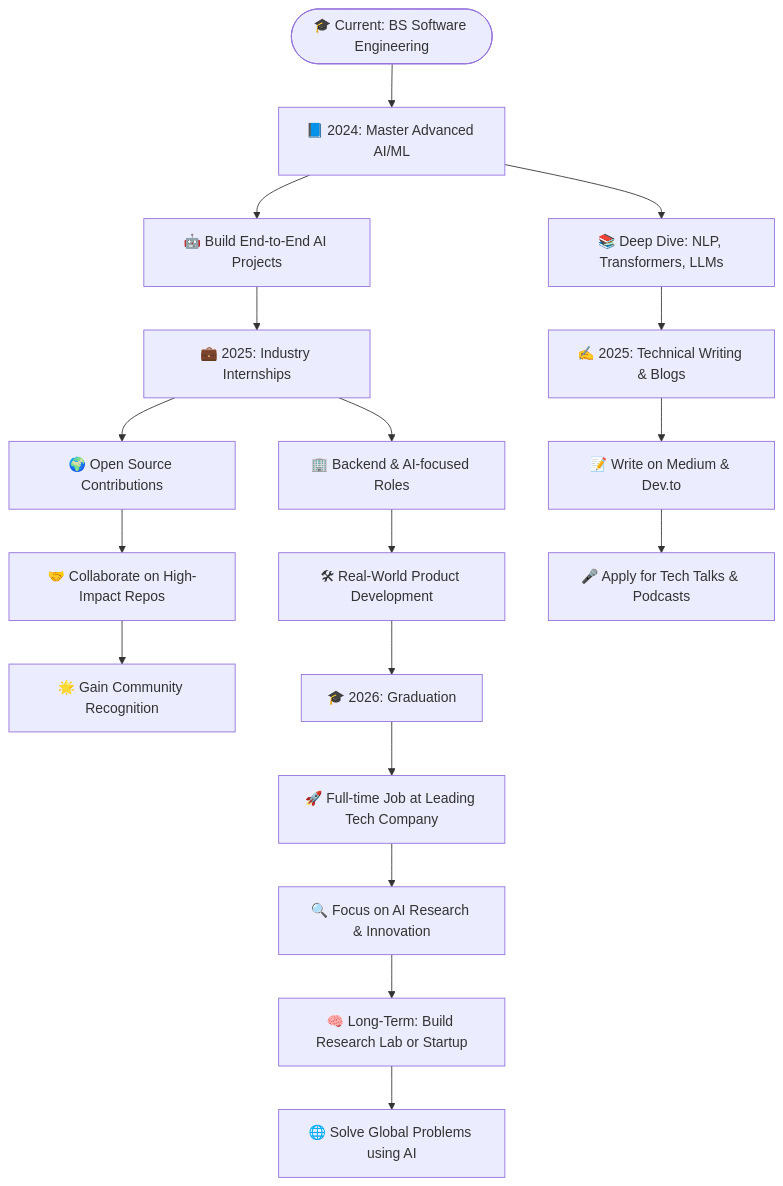
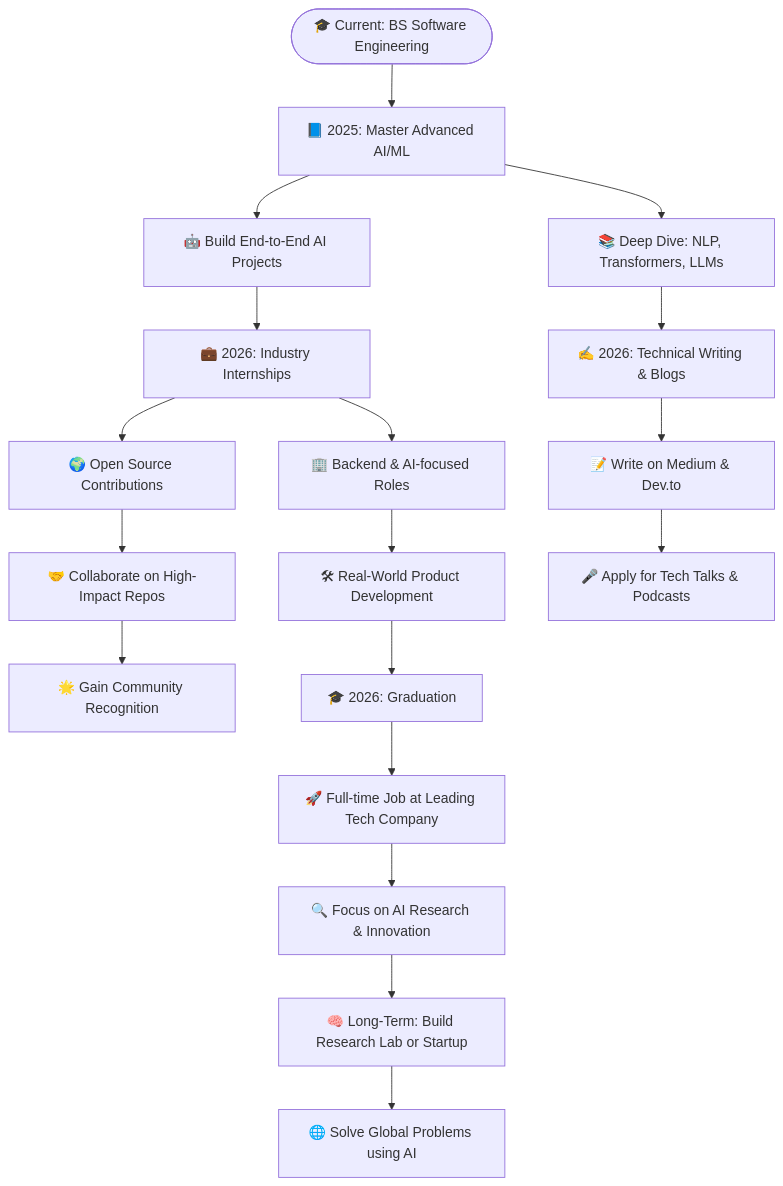
The diagram in README.md (M-Sarim/M-Sarim), drawn with Mermaid before and after one commit. The commit also changed other lines of this file, not shown here.

````diff
--- a/README.md
+++ b/README.md
@@ -195,28 +194,28 @@
 ```mermaid
 graph TD
     Start([🎓 Current: BS Software Engineering])
     
-    Start --> A1[📘 2024: Master Advanced AI/ML]
+    Start --> A1[📘 2025: Master Advanced AI/ML]
     A1 --> A2[🤖 Build End-to-End AI Projects]
     A1 --> A3[📚 Deep Dive: NLP, Transformers, LLMs]
     
-    A2 --> B1[💼 2025: Industry Internships]
+    A2 --> B1[💼 2026: Industry Internships]
     B1 --> B2[🏢 Backend & AI-focused Roles]
     B2 --> B3[🛠 Real-World Product Development]
     
     B1 --> C1[🌍 Open Source Contributions]
     C1 --> C2[🤝 Collaborate on High-Impact Repos]
     C2 --> C3[🌟 Gain Community Recognition]
     
-    A3 --> D1[✍️ 2025: Technical Writing & Blogs]
+    A3 --> D1[✍️ 2026: Technical Writing & Blogs]
     D1 --> D2[📝 Write on Medium & Dev.to]
     D2 --> D3[🎤 Apply for Tech Talks & Podcasts]
     
     B3 --> E1[🎓 2026: Graduation]
     E1 --> E2[🚀 Full-time Job at Leading Tech Company]
     E2 --> E3[🔍 Focus on AI Research & Innovation]
     
     E3 --> F1[🧠 Long-Term: Build Research Lab or Startup]
     F1 --> F2[🌐 Solve Global Problems using AI]
 
 ```
````
